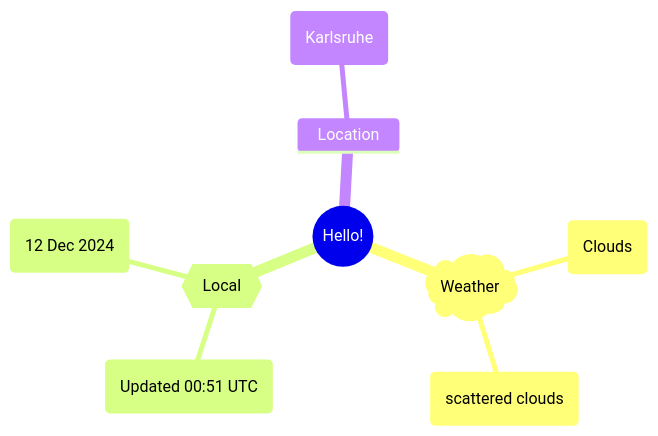
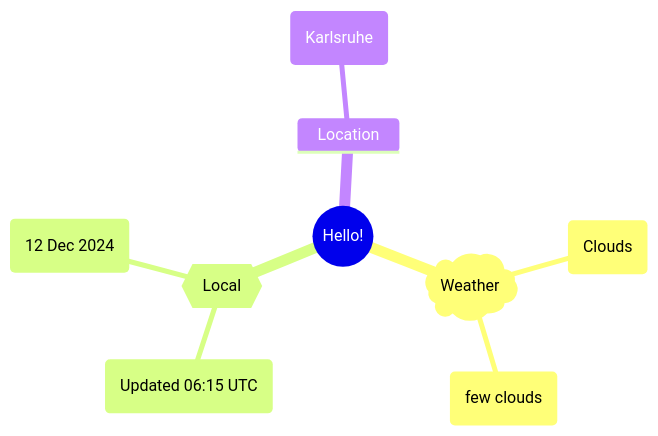
Before and after one commit to Xosrov/Xosrov: the first of 2 diagrams in README.md, drawn with Mermaid.

Commit message:
[bot] updated images

````diff
--- a/README.md
+++ b/README.md
@@ -3,12 +3,12 @@
 ```mermaid
 mindmap
   root((Hello!))
     )Weather(
         (Clouds)
-        (scattered clouds)
+        (few clouds)
     {{Local}}
-        (Updated 00:51 UTC)
+        (Updated 06:15 UTC)
         (12 Dec 2024)
     Location
         (Karlsruhe)
 ```
````
